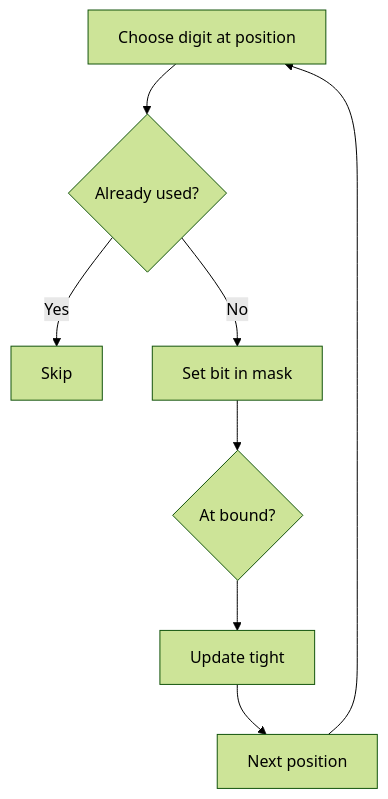
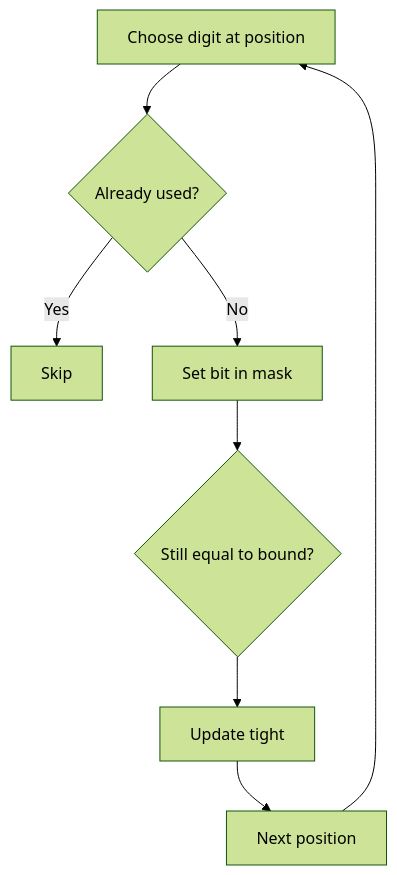
The diagram in problems/36-digit-dp/001-numbers-with-repeated-digits/README.md (shiva31rama-cell/Leetcode-problems-of-different-patterns), drawn with Mermaid (forest theme) before and after one commit. The commit also changed other lines of this file, not shown here.

````diff
--- a/problems/36-digit-dp/001-numbers-with-repeated-digits/README.md
+++ b/problems/36-digit-dp/001-numbers-with-repeated-digits/README.md
@@ -40,10 +37,10 @@
 ```mermaid
 flowchart TD
     A[Choose digit at position] --> B{Already used?}
     B -->|Yes| C[Skip]
     B -->|No| D[Set bit in mask]
-    D --> E{At bound?}
+    D --> E{Still equal to bound?}
     E --> F[Update tight]
     F --> G[Next position]
     G --> A
 ```
````
